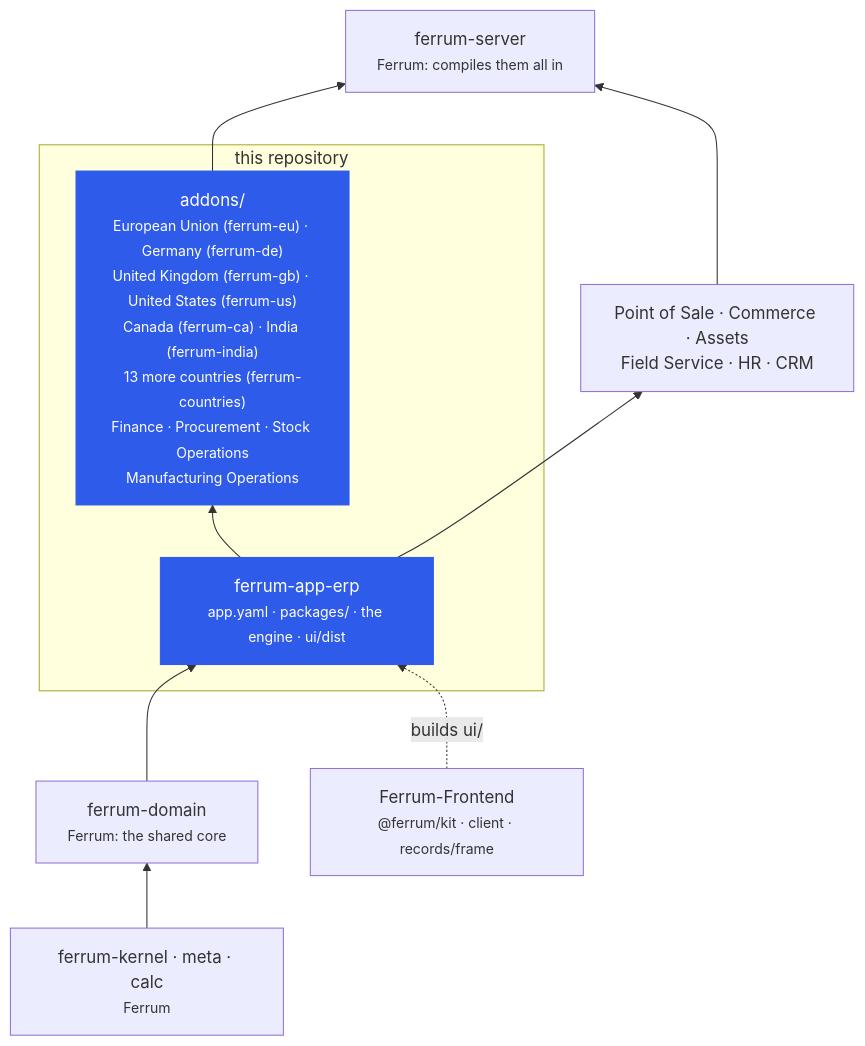
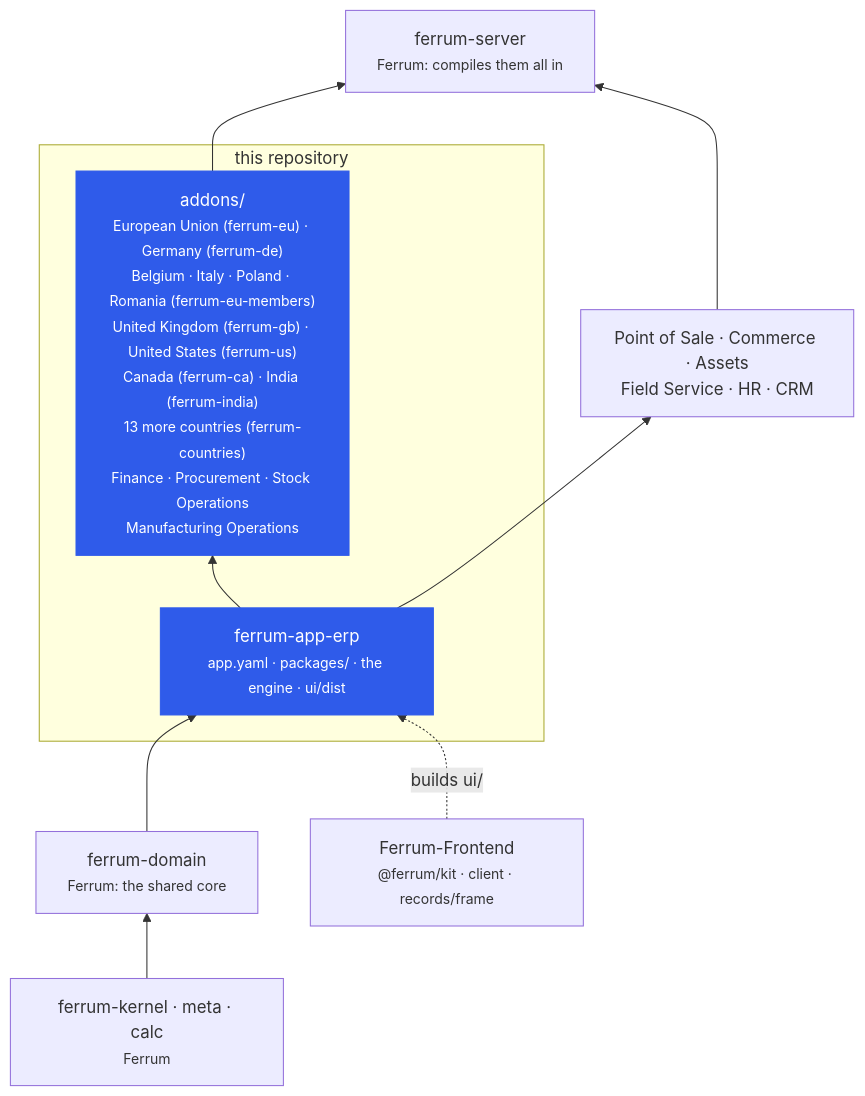
Before and after one commit to CBFerrum/ferrum-app-erp: the third of 3 diagrams in README.md, drawn with Mermaid. The commit also changed other lines of this file, not shown here.

Commit message:
README: Belgium, Italy, Poland and Romania (ferrum-eu-members: Peppol, SDI, KSeF, e-Factura) and the EU 0.1.4

````diff
--- a/README.md
+++ b/README.md
@@ -209,20 +212,20 @@
 ```mermaid
 flowchart BT
     KER["ferrum-kernel · meta · calc<br/><small>Ferrum</small>"]
     CORE["ferrum-domain<br/><small>Ferrum: the shared core</small>"]
     subgraph REPO["this repository"]
         APP["ferrum-app-erp<br/><small>app.yaml · packages/ · the engine · ui/dist</small>"]
-        ADD["addons/<br/><small>European Union (ferrum-eu) · Germany (ferrum-de)<br/>United Kingdom (ferrum-gb) · United States (ferrum-us)<br/>Canada (ferrum-ca) · India (ferrum-india)<br/>13 more countries (ferrum-countries)<br/>Finance · Procurement · Stock Operations<br/>Manufacturing Operations</small>"]
+        ADD["addons/<br/><small>European Union (ferrum-eu) · Germany (ferrum-de)<br/>Belgium · Italy · Poland · Romania (ferrum-eu-members)<br/>United Kingdom (ferrum-gb) · United States (ferrum-us)<br/>Canada (ferrum-ca) · India (ferrum-india)<br/>13 more countries (ferrum-countries)<br/>Finance · Procurement · Stock Operations<br/>Manufacturing Operations</small>"]
     end
     APPS["Point of Sale · Commerce · Assets<br/>Field Service · HR · CRM"]
     SRV["ferrum-server<br/><small>Ferrum: compiles them all in</small>"]
     FE["Ferrum-Frontend<br/><small>@ferrum/kit · client · records/frame</small>"]
     KER --> CORE --> APP
     APP --> ADD
     APP --> APPS
     ADD --> SRV
     APPS --> SRV
     FE -. builds ui/ .-> APP
     classDef erp fill:#2f5bea,color:#fff,stroke:#2f5bea
     class APP,ADD erp
 ```
````
